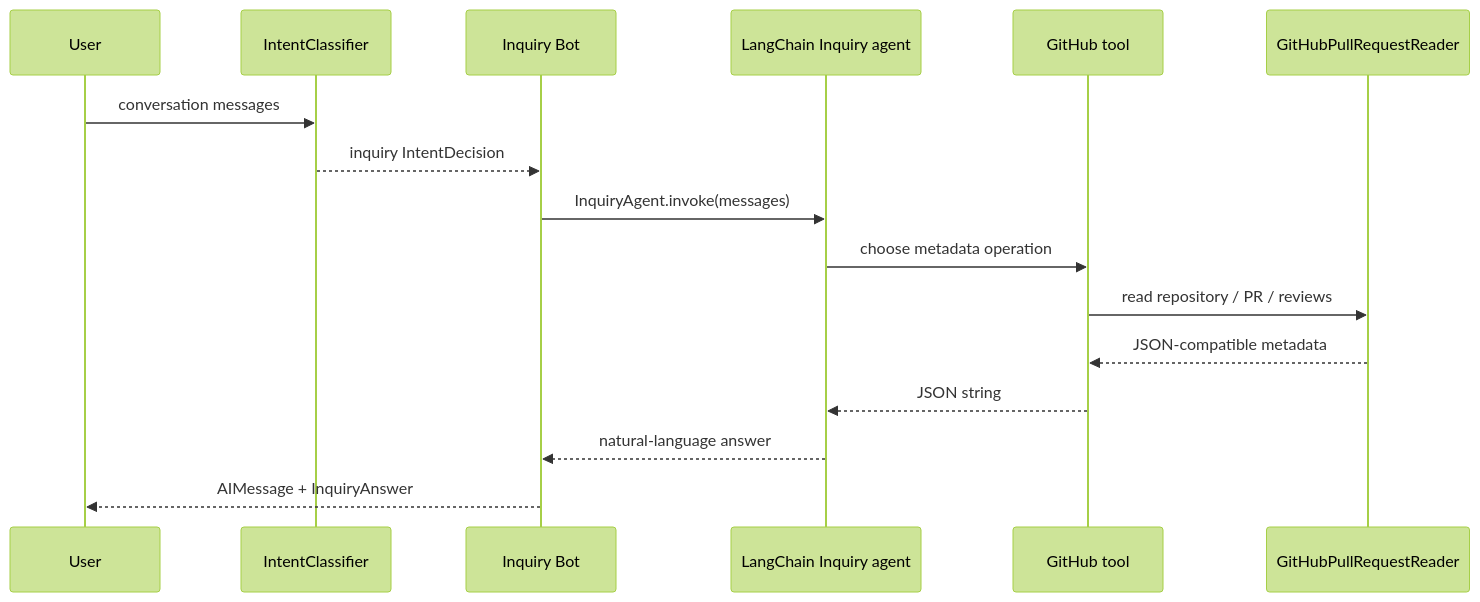
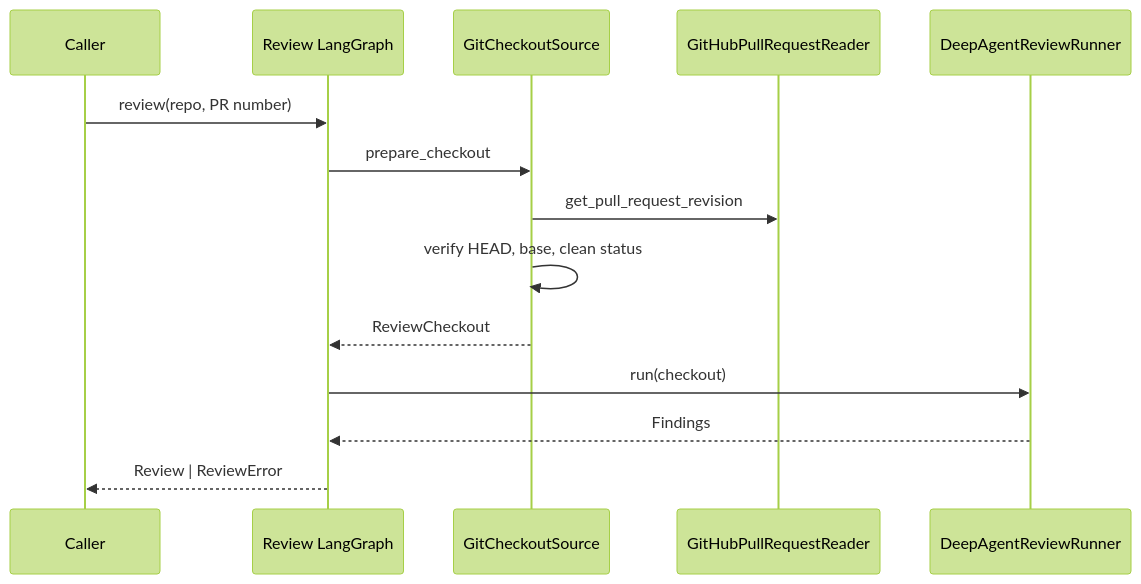
One commit to taipingeric/review_sheep changed the third of 4 diagrams in ARCHITECTURE.md. Above: the diagram before and after it, drawn with Mermaid (forest theme). The commit also changed other lines of this file and 23 other files, not shown here.

Commit message:
feat: review pull requests from fixed CI checkout

````diff
--- a/ARCHITECTURE.md
+++ b/ARCHITECTURE.md
@@ -140,19 +148,17 @@
 ```mermaid
 sequenceDiagram
-    participant User
-    participant Router as IntentClassifier
-    participant Graph as Inquiry Bot
-    participant Agent as LangChain Inquiry agent
-    participant Tool as GitHub tool
+    participant Caller
+    participant Graph as Review LangGraph
+    participant Source as GitCheckoutSource
     participant GitHub as GitHubPullRequestReader
+    participant Runner as DeepAgentReviewRunner
 
-    User->>Router: conversation messages
-    Router-->>Graph: inquiry IntentDecision
-    Graph->>Agent: InquiryAgent.invoke(messages)
-    Agent->>Tool: choose metadata operation
-    Tool->>GitHub: read repository / PR / reviews
-    GitHub-->>Tool: JSON-compatible metadata
-    Tool-->>Agent: JSON string
-    Agent-->>Graph: natural-language answer
-    Graph-->>User: AIMessage + InquiryAnswer
+    Caller->>Graph: review(repo, PR number)
+    Graph->>Source: prepare_checkout
+    Source->>GitHub: get_pull_request_revision
+    Source->>Source: verify HEAD, base, clean status
+    Source-->>Graph: ReviewCheckout
+    Graph->>Runner: run(checkout)
+    Runner-->>Graph: Findings
+    Graph-->>Caller: Review | ReviewError
 ```
````
